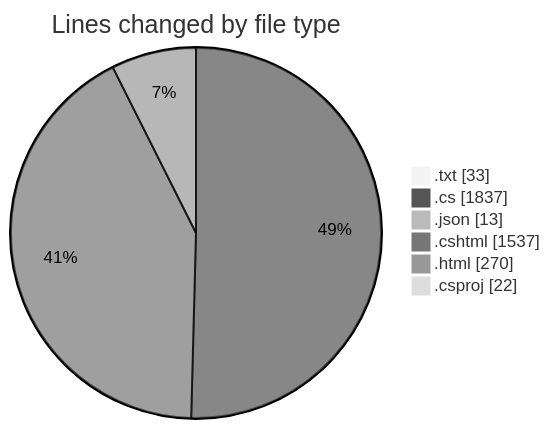
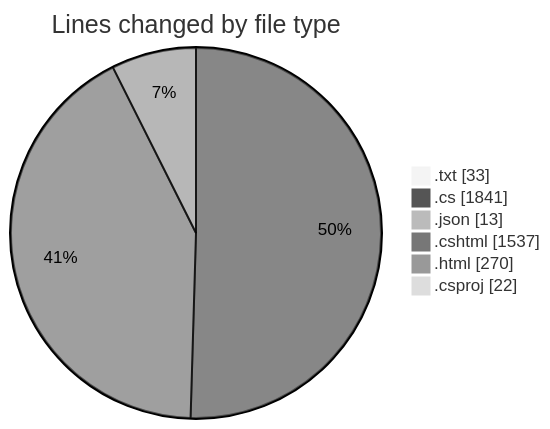
Before and after one commit to lephambinh05/code-tracking: the first of 2 diagrams in 2025-07-27/quanlyrapchieuphim-1/README.md, drawn with Mermaid (neutral theme). The commit also changed other lines of this file and 1 other file, not shown here.

````diff
--- a/2025-07-27/quanlyrapchieuphim-1/README.md
+++ b/2025-07-27/quanlyrapchieuphim-1/README.md
@@ -39,10 +39,10 @@
 ```mermaid
 pie showData
 title Lines changed by file type
 ".txt" : 33
-".cs" : 1837
+".cs" : 1841
 ".json" : 13
 ".cshtml" : 1537
 ".html" : 270
 ".csproj" : 22
 ```
````
